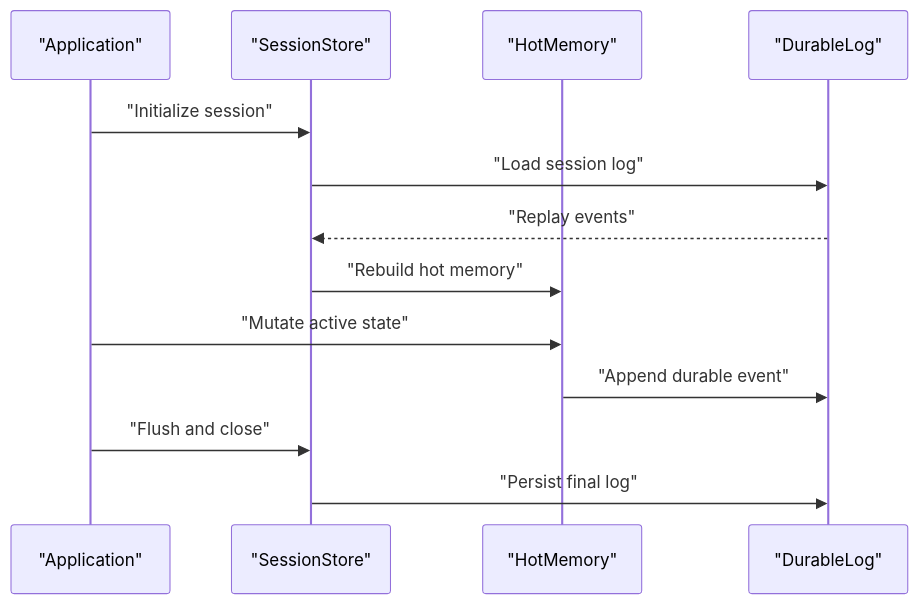
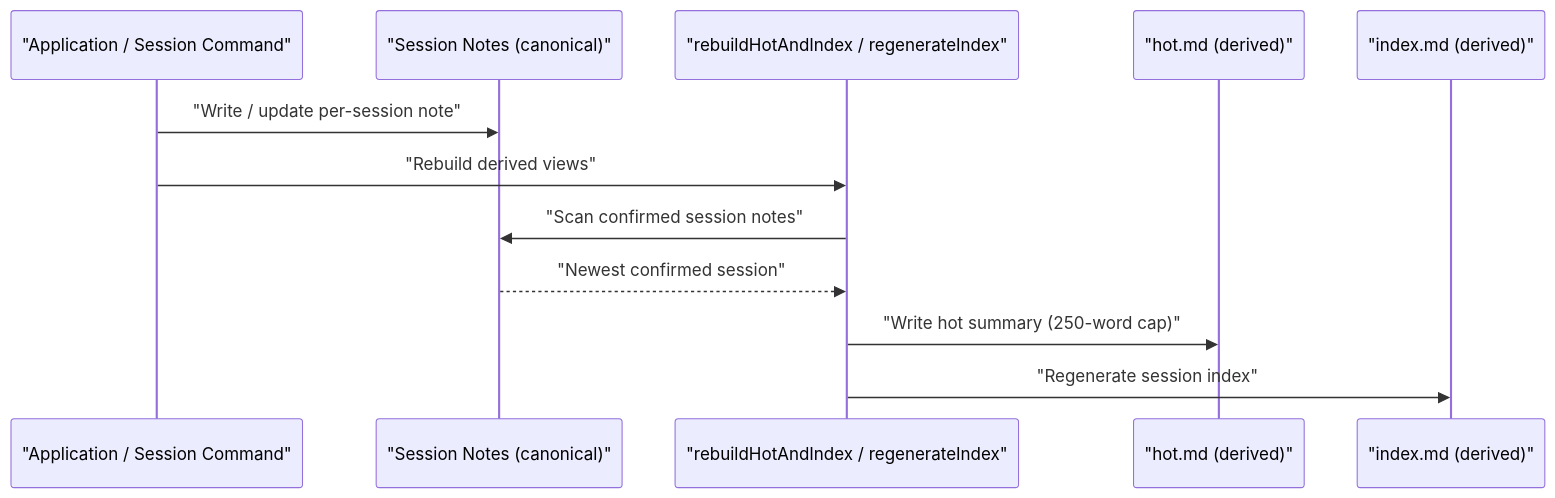
Before and after one commit to Kuldeep2822k/palee-architecture: the seventh of 8 diagrams in Storage System/Storage System.md, drawn with Mermaid. The commit also changed other lines of this file and 6 other files, not shown here.

Commit message:
docs(storage): rewrite invented session and frontmatter summaries, fix write order

````diff
--- a/Storage System/Storage System.md
+++ b/Storage System/Storage System.md
@@ -306,16 +301,15 @@
 ```mermaid
 sequenceDiagram
-  participant App as "Application"
-  participant Session as "SessionStore"
-  participant Hot as "HotMemory"
-  participant Log as "DurableLog"
+  participant App as "Application / Session Command"
+  participant Notes as "Session Notes (canonical)"
+  participant Rebuild as "rebuildHotAndIndex / regenerateIndex"
+  participant Hot as "hot.md (derived)"
+  participant Index as "index.md (derived)"
 
-  App->>Session: "Initialize session"
-  Session->>Log: "Load session log"
-  Log-->>Session: "Replay events"
-  Session->>Hot: "Rebuild hot memory"
-  App->>Hot: "Mutate active state"
-  Hot->>Log: "Append durable event"
-  App->>Session: "Flush and close"
-  Session->>Log: "Persist final log"
+  App->>Notes: "Write / update per-session note"
+  App->>Rebuild: "Rebuild derived views"
+  Rebuild->>Notes: "Scan confirmed session notes"
+  Notes-->>Rebuild: "Newest confirmed session"
+  Rebuild->>Hot: "Write hot summary (250-word cap)"
+  Rebuild->>Index: "Regenerate session index"
 ```
````
